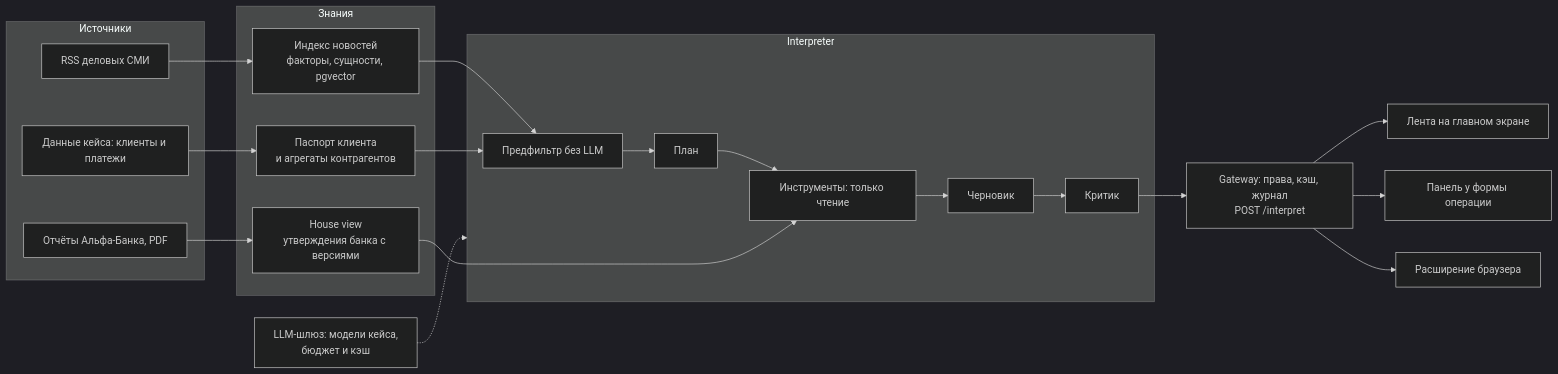
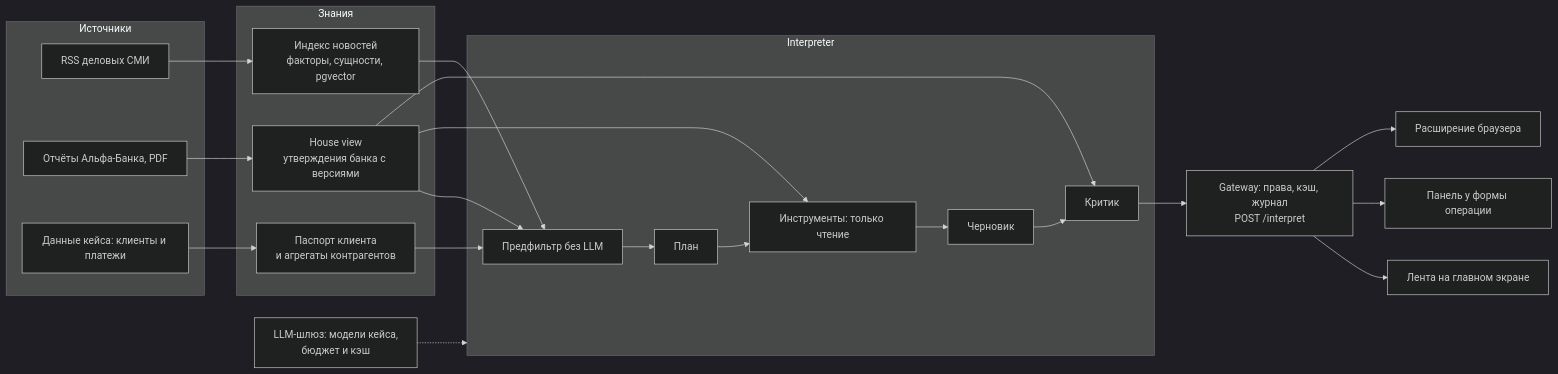
Before and after one commit to kArteraa/alpha-impact: the diagram in README.md, drawn with Mermaid (dark theme). The commit also changed other lines of this file and 6 other files, not shown here.

````diff
--- a/README.md
+++ b/README.md
@@ -27,27 +27,29 @@
 ```mermaid
 flowchart LR
   subgraph Sources["Источники"]
     RSS["RSS деловых СМИ"]
     Reports["Отчёты Альфа-Банка, PDF"]
     CSV["Данные кейса: клиенты и платежи"]
   end
   subgraph Knowledge["Знания"]
     News["Индекс новостей<br/>факторы, сущности, pgvector"]
     HV["House view<br/>утверждения банка с версиями"]
     Profile["Паспорт клиента<br/>и агрегаты контрагентов"]
   end
   subgraph Agent["Interpreter"]
     Pre["Предфильтр без LLM"] --> Plan["План"] --> Tools["Инструменты: только чтение"] --> Draft["Черновик"] --> Critic["Критик"]
   end
   RSS --> News
   Reports --> HV
   CSV --> Profile
   News --> Pre
+  HV --> Pre
   HV --> Tools
+  HV --> Critic
   Profile --> Pre
   Critic --> Gateway["Gateway: права, кэш, журнал<br/>POST /interpret"]
   Gateway --> Feed["Лента на главном экране"]
   Gateway --> Panel["Панель у формы операции"]
   Gateway --> Ext["Расширение браузера"]
   LLM["LLM-шлюз: модели кейса,<br/>бюджет и кэш"] -.-> Agent
 ```
````
